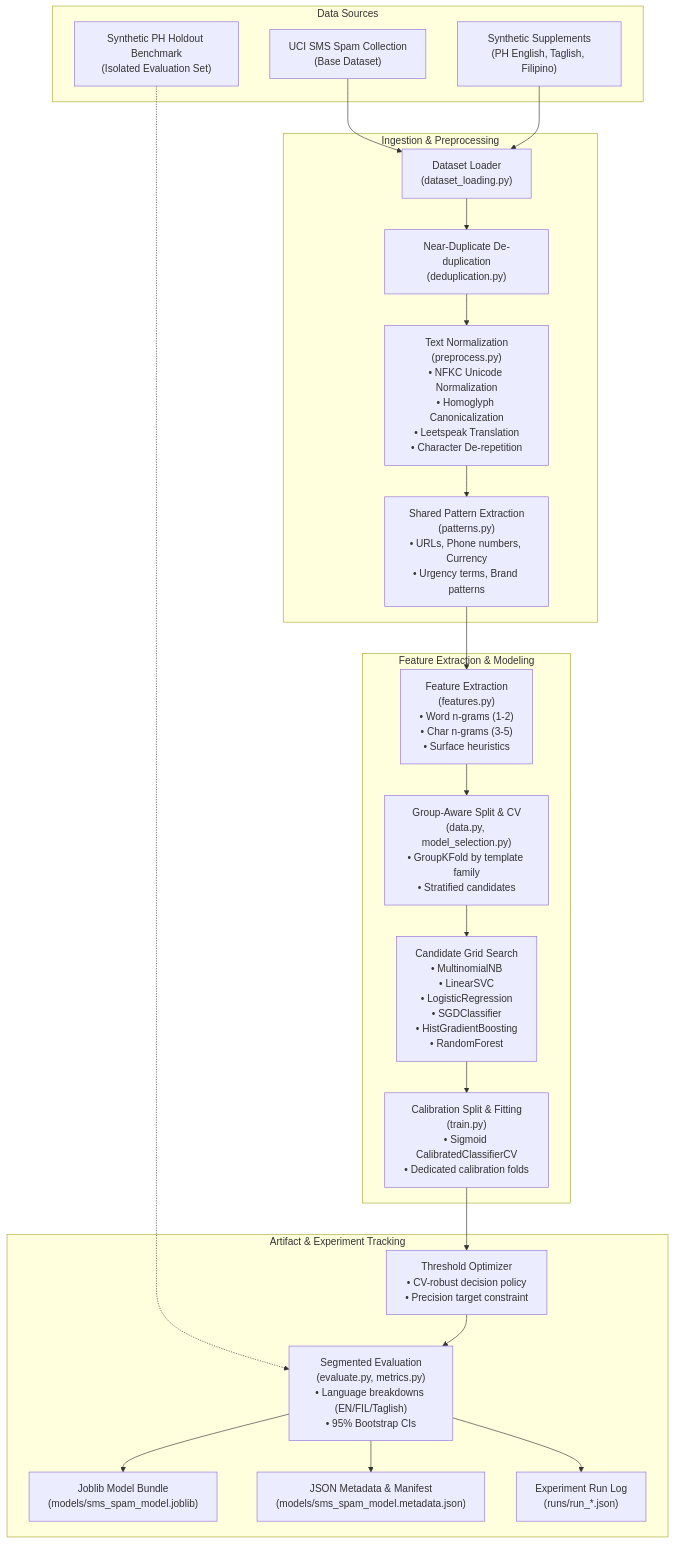
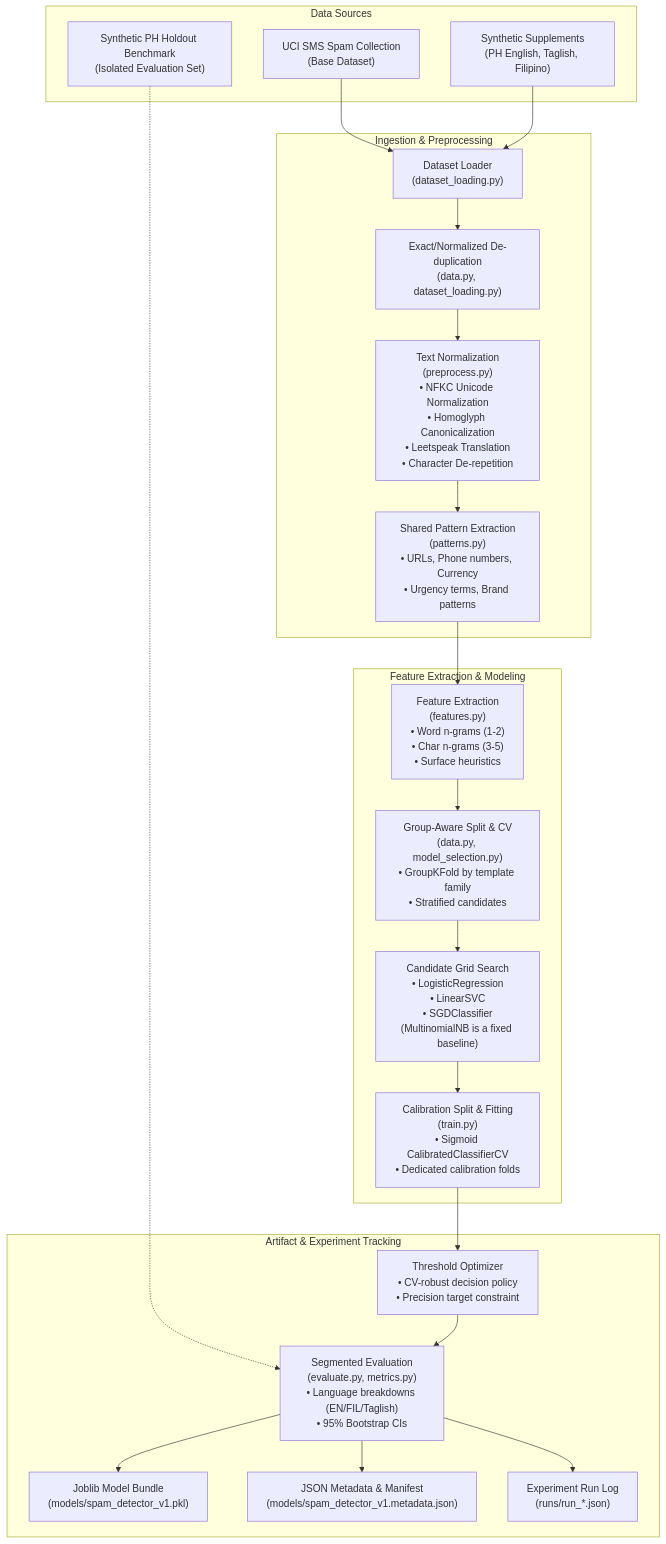
The first of 3 diagrams in docs/ARCHITECTURE.md (KhangTran69/sms-spam-detector), drawn with Mermaid before and after one commit. The commit also changed other lines of this file and 3 other files, not shown here.

Commit message:
docs: align architecture claims with runtime behavior

````diff
--- a/docs/ARCHITECTURE.md
+++ b/docs/ARCHITECTURE.md
@@ -11,46 +11,46 @@
 ```mermaid
 flowchart TD
     subgraph Data Sources
         UCI["UCI SMS Spam Collection<br/>(Base Dataset)"]
         SYN["Synthetic Supplements<br/>(PH English, Taglish, Filipino)"]
         HOLDOUT["Synthetic PH Holdout Benchmark<br/>(Isolated Evaluation Set)"]
     end
 
     subgraph Ingestion & Preprocessing
         LOAD["Dataset Loader<br/>(dataset_loading.py)"]
-        DEDUP["Near-Duplicate De-duplication<br/>(deduplication.py)"]
+        DEDUP["Exact/Normalized De-duplication<br/>(data.py, dataset_loading.py)"]
         PRE["Text Normalization<br/>(preprocess.py)<br/>• NFKC Unicode Normalization<br/>• Homoglyph Canonicalization<br/>• Leetspeak Translation<br/>• Character De-repetition"]
         PAT["Shared Pattern Extraction<br/>(patterns.py)<br/>• URLs, Phone numbers, Currency<br/>• Urgency terms, Brand patterns"]
     end
 
     subgraph Feature Extraction & Modeling
         FEAT["Feature Extraction<br/>(features.py)<br/>• Word n-grams (1-2)<br/>• Char n-grams (3-5)<br/>• Surface heuristics"]
         CV["Group-Aware Split & CV<br/>(data.py, model_selection.py)<br/>• GroupKFold by template family<br/>• Stratified candidates"]
-        GRID["Candidate Grid Search<br/>• MultinomialNB<br/>• LinearSVC<br/>• LogisticRegression<br/>• SGDClassifier<br/>• HistGradientBoosting<br/>• RandomForest"]
+        GRID["Candidate Grid Search<br/>• LogisticRegression<br/>• LinearSVC<br/>• SGDClassifier<br/>(MultinomialNB is a fixed baseline)"]
         CAL["Calibration Split & Fitting<br/>(train.py)<br/>• Sigmoid CalibratedClassifierCV<br/>• Dedicated calibration folds"]
     end
 
     subgraph Artifact & Experiment Tracking
         THRESH["Threshold Optimizer<br/>• CV-robust decision policy<br/>• Precision target constraint"]
         EVAL["Segmented Evaluation<br/>(evaluate.py, metrics.py)<br/>• Language breakdowns (EN/FIL/Taglish)<br/>• 95% Bootstrap CIs"]
-        BUNDLE["Joblib Model Bundle<br/>(models/sms_spam_model.joblib)"]
-        META["JSON Metadata & Manifest<br/>(models/sms_spam_model.metadata.json)"]
+        BUNDLE["Joblib Model Bundle<br/>(models/spam_detector_v1.pkl)"]
+        META["JSON Metadata & Manifest<br/>(models/spam_detector_v1.metadata.json)"]
         RUNS["Experiment Run Log<br/>(runs/run_*.json)"]
     end
 
     UCI --> LOAD
     SYN --> LOAD
     HOLDOUT -.-> EVAL
     LOAD --> DEDUP
     DEDUP --> PRE
     PRE --> PAT
     PAT --> FEAT
     FEAT --> CV
     CV --> GRID
     GRID --> CAL
     CAL --> THRESH
     THRESH --> EVAL
     EVAL --> BUNDLE
     EVAL --> META
     EVAL --> RUNS
 ```
````
